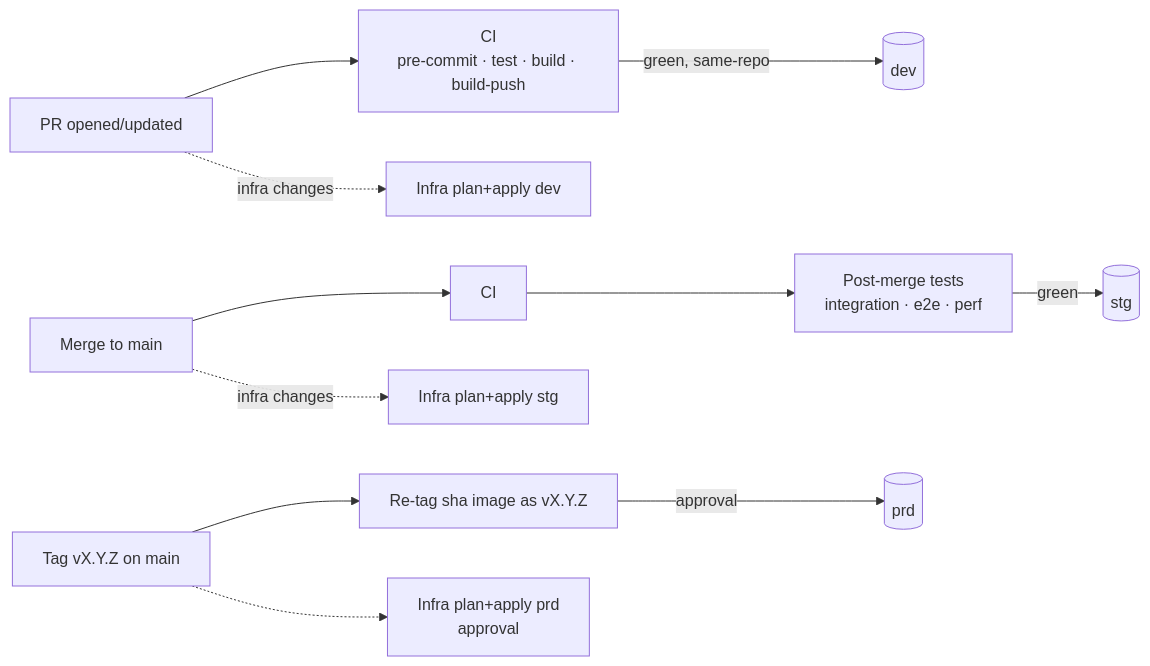
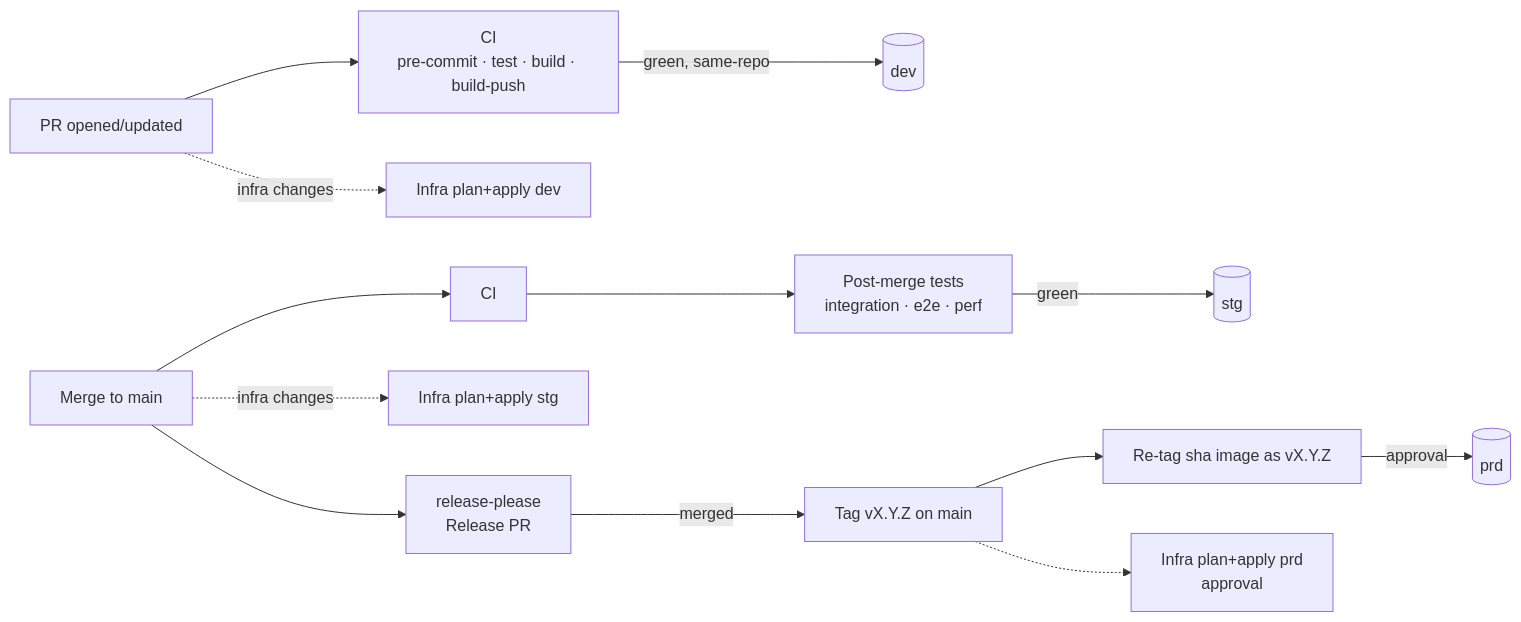
Before and after one commit to wyhitomi/template-app-repo: the diagram in docs/architecture/delivery-pipeline.md, drawn with Mermaid. The commit also changed other lines of this file and 9 other files, not shown here.

First line of the commit message:
ci: automate releases with release-please

````diff
--- a/docs/architecture/delivery-pipeline.md
+++ b/docs/architecture/delivery-pipeline.md
@@ -6,15 +6,17 @@
 ```mermaid
 flowchart LR
   pr[PR opened/updated] --> ci1[CI<br/>pre-commit · test · build · build-push]
   ci1 -->|green, same-repo| dev[(dev)]
   pr -. infra changes .-> infradev[Infra plan+apply dev]
 
   merge[Merge to main] --> ci2[CI]
   ci2 --> pm[Post-merge tests<br/>integration · e2e · perf]
   pm -->|green| stg[(stg)]
   merge -. infra changes .-> infrastg[Infra plan+apply stg]
 
-  tag[Tag vX.Y.Z on main] --> promote[Re-tag sha image as vX.Y.Z]
+  merge --> rp[release-please<br/>Release PR]
+  rp -->|merged| tag[Tag vX.Y.Z on main]
+  tag --> promote[Re-tag sha image as vX.Y.Z]
   promote -->|approval| prd[(prd)]
   tag -.-> infraprd[Infra plan+apply prd<br/>approval]
 ```
````
